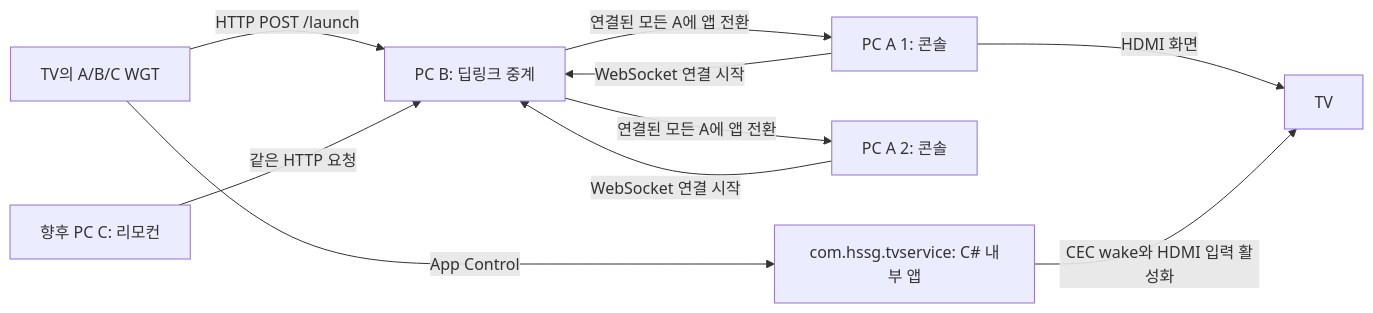
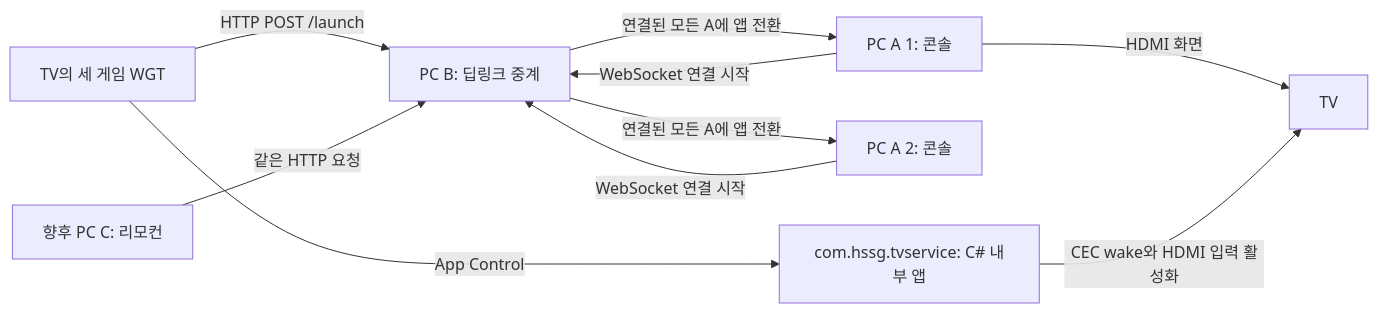
Before and after one commit to Readiz/s2s-launch-test: the diagram in README.md, drawn with Mermaid. The commit also changed other lines of this file and 38 other files, not shown here.

````diff
--- a/README.md
+++ b/README.md
@@ -7,12 +7,12 @@
 ```mermaid
 flowchart LR
-    TV[TV의 A/B/C WGT] -->|HTTP POST /launch| B[PC B: 딥링크 중계]
+    TV[TV의 세 게임 WGT] -->|HTTP POST /launch| B[PC B: 딥링크 중계]
     C[향후 PC C: 리모컨] -->|같은 HTTP 요청| B
     A1[PC A 1: 콘솔] -->|WebSocket 연결 시작| B
     A2[PC A 2: 콘솔] -->|WebSocket 연결 시작| B
     B -->|연결된 모든 A에 앱 전환| A1
     B -->|연결된 모든 A에 앱 전환| A2
     A1 -->|HDMI 화면| DISPLAY[TV]
     TV -->|App Control| SERVICE[com.hssg.tvservice: C# 내부 앱]
     SERVICE -->|CEC wake와 HDMI 입력 활성화| DISPLAY
 ```
````
